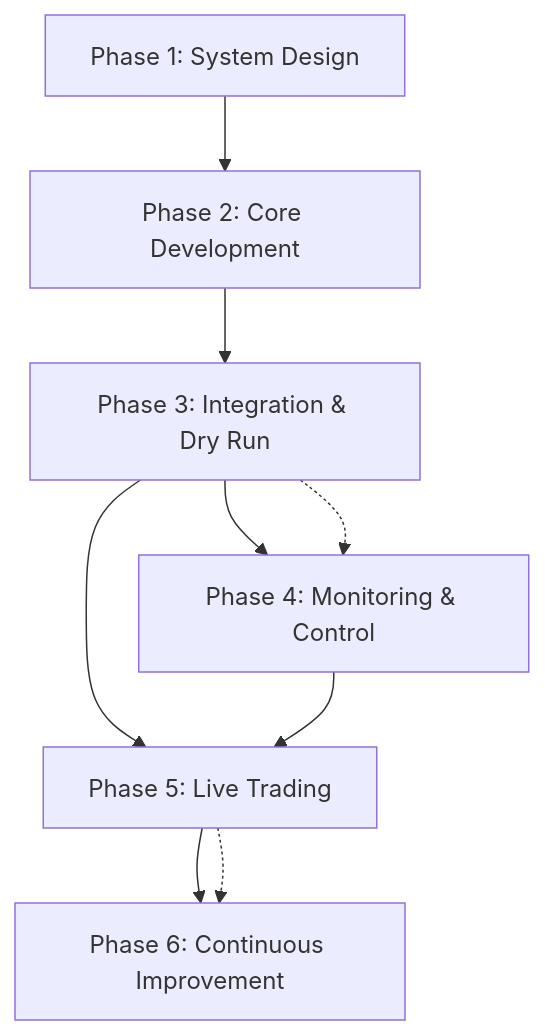
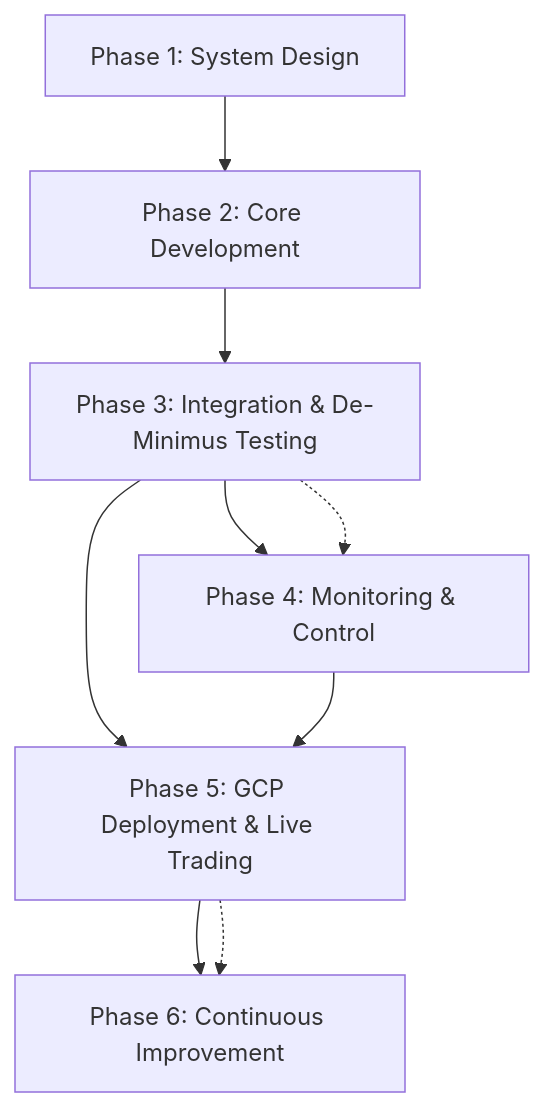
One commit to rheeger/spark-stacker changed the diagram in packages/shared/docs/roadmap.md. Above: the diagram before and after it, drawn with Mermaid. The commit also changed other lines of this file and 5 other files, not shown here.

````diff
--- a/packages/shared/docs/roadmap.md
+++ b/packages/shared/docs/roadmap.md
@@ -163,13 +177,13 @@
 ```mermaid
 graph TD
     A[Phase 1: System Design] --> B[Phase 2: Core Development]
-    B --> C[Phase 3: Integration & Dry Run]
+    B --> C[Phase 3: Integration & De-Minimus Testing]
     C --> D[Phase 4: Monitoring & Control]
-    C --> E[Phase 5: Live Trading]
+    C --> E[Phase 5: GCP Deployment & Live Trading]
     D --> E
     E --> F[Phase 6: Continuous Improvement]
 
     %% Parallel work opportunities
     C -.-> D
     E -.-> F
 ```
````
